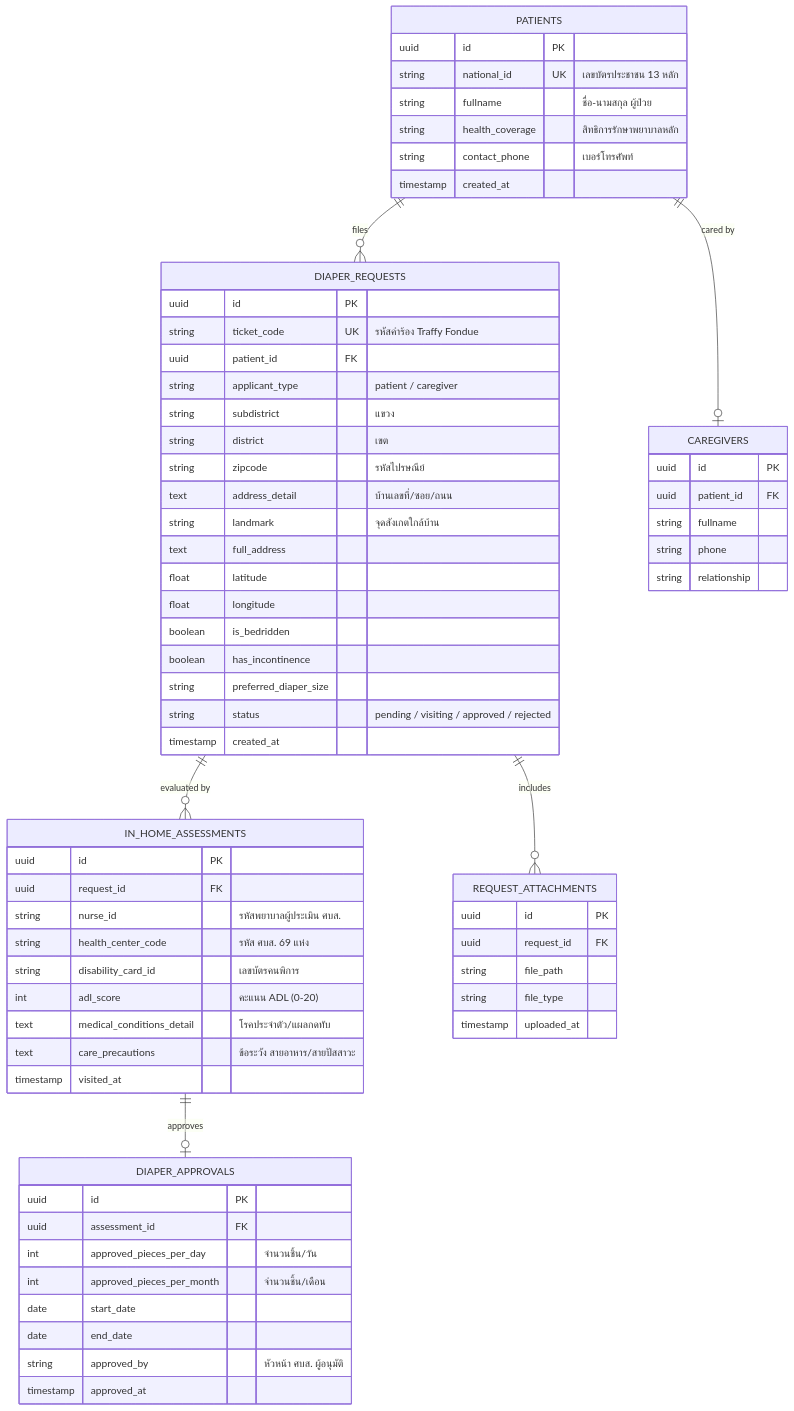
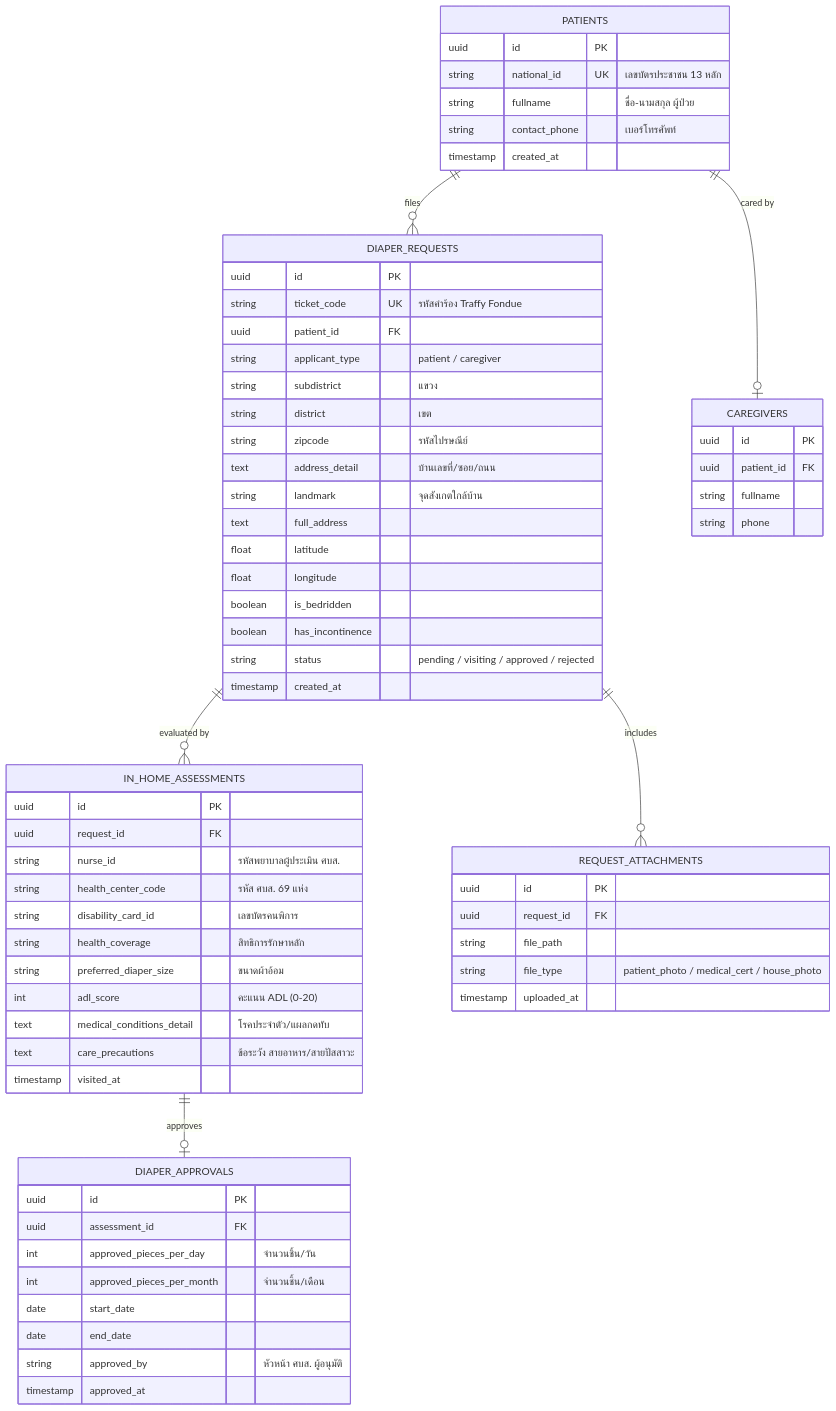
The second of 2 diagrams in okf/module_bkk_careplan.md (traffy-nectec/bkk-careplan), drawn with Mermaid before and after one commit. The commit also changed other lines of this file and 28 other files, not shown here.

Commit message:
feat: restructure form questions (10 questions + 1 review), add conditional medical cert step, update screenshots and docs

````diff
--- a/okf/module_bkk_careplan.md
+++ b/okf/module_bkk_careplan.md
@@ -38,76 +38,75 @@
 ```mermaid
 erDiagram
     PATIENTS ||--o{ DIAPER_REQUESTS : "files"
     PATIENTS ||--o| CAREGIVERS : "cared by"
     DIAPER_REQUESTS ||--o{ IN_HOME_ASSESSMENTS : "evaluated by"
     IN_HOME_ASSESSMENTS ||--o| DIAPER_APPROVALS : "approves"
     DIAPER_REQUESTS ||--o{ REQUEST_ATTACHMENTS : "includes"
 
     PATIENTS {
         uuid id PK
         string national_id UK "เลขบัตรประชาชน 13 หลัก"
         string fullname "ชื่อ-นามสกุล ผู้ป่วย"
-        string health_coverage "สิทธิการรักษาพยาบาลหลัก"
         string contact_phone "เบอร์โทรศัพท์"
         timestamp created_at
     }
 
     DIAPER_REQUESTS {
         uuid id PK
         string ticket_code UK "รหัสคำร้อง Traffy Fondue"
         uuid patient_id FK
         string applicant_type "patient / caregiver"
         string subdistrict "แขวง"
         string district "เขต"
         string zipcode "รหัสไปรษณีย์"
         text address_detail "บ้านเลขที่/ซอย/ถนน"
         string landmark "จุดสังเกตใกล้บ้าน"
         text full_address
         float latitude
         float longitude
         boolean is_bedridden
         boolean has_incontinence
-        string preferred_diaper_size
         string status "pending / visiting / approved / rejected"
         timestamp created_at
     }
 
     CAREGIVERS {
         uuid id PK
         uuid patient_id FK
         string fullname
         string phone
-        string relationship
     }
 
     IN_HOME_ASSESSMENTS {
         uuid id PK
         uuid request_id FK
         string nurse_id "รหัสพยาบาลผู้ประเมิน ศบส."
         string health_center_code "รหัส ศบส. 69 แห่ง"
         string disability_card_id "เลขบัตรคนพิการ"
+        string health_coverage "สิทธิการรักษาหลัก"
+        string preferred_diaper_size "ขนาดผ้าอ้อม"
         int adl_score "คะแนน ADL (0-20)"
         text medical_conditions_detail "โรคประจำตัว/แผลกดทับ"
         text care_precautions "ข้อระวัง สายอาหาร/สายปัสสาวะ"
         timestamp visited_at
     }
 
     DIAPER_APPROVALS {
         uuid id PK
         uuid assessment_id FK
         int approved_pieces_per_day "จำนวนชิ้น/วัน"
         int approved_pieces_per_month "จำนวนชิ้น/เดือน"
         date start_date
         date end_date
         string approved_by "หัวหน้า ศบส. ผู้อนุมัติ"
         timestamp approved_at
     }
 
     REQUEST_ATTACHMENTS {
         uuid id PK
         uuid request_id FK
         string file_path
-        string file_type
+        string file_type "patient_photo / medical_cert / house_photo"
         timestamp uploaded_at
     }
 ```
````
